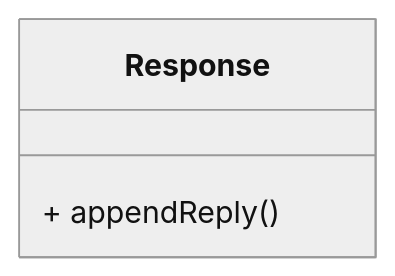
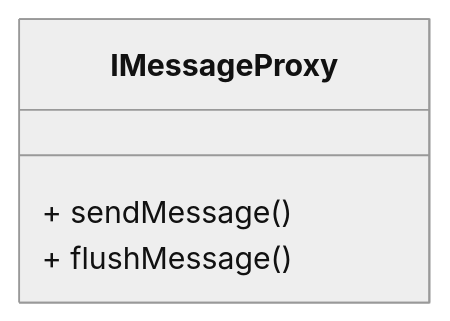
Diagram 13 of 13 in docs/class_design.md (mfukui1218/irc), drawn with Mermaid (neutral theme) before and after one commit. The commit also changed other lines of this file and 32 other files, not shown here.

````diff
--- a/docs/class_design.md
+++ b/docs/class_design.md
@@ -211,6 +245,7 @@
 ```mermaid
 classDiagram
-	class Response {
-		+ appendReply()
+	class IMessageProxy {
+		+ sendMessage()
+		+ flushMessage()
 	}
 ```
````
